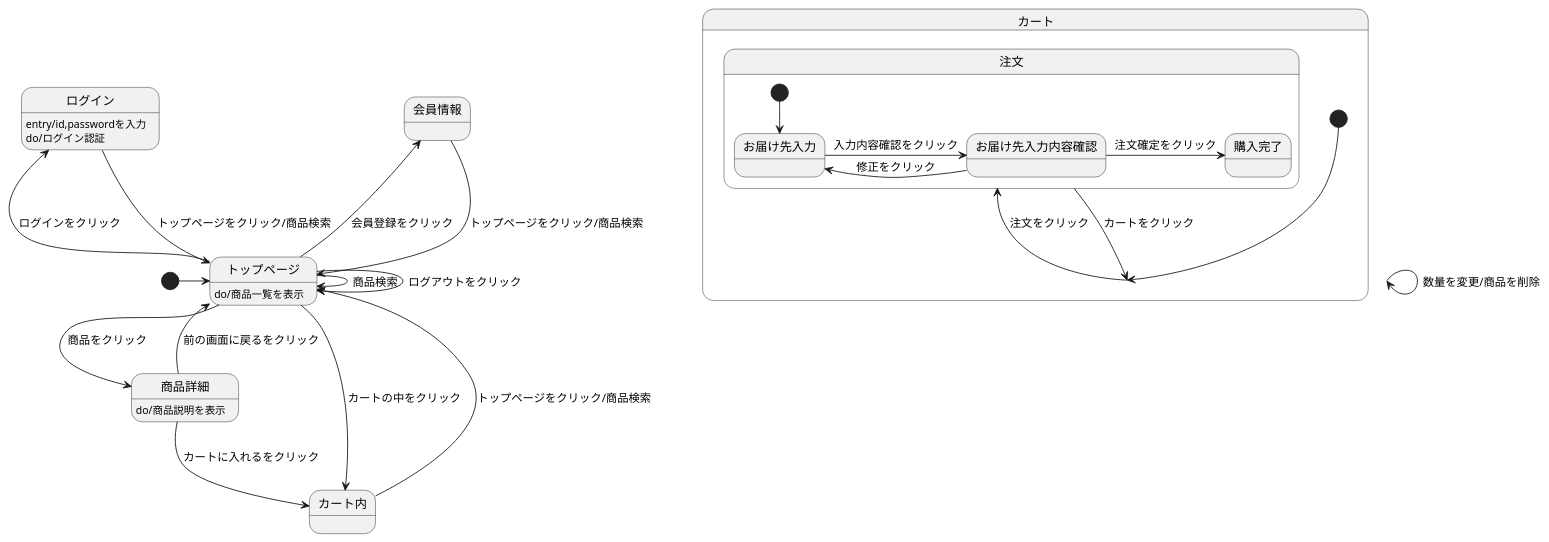
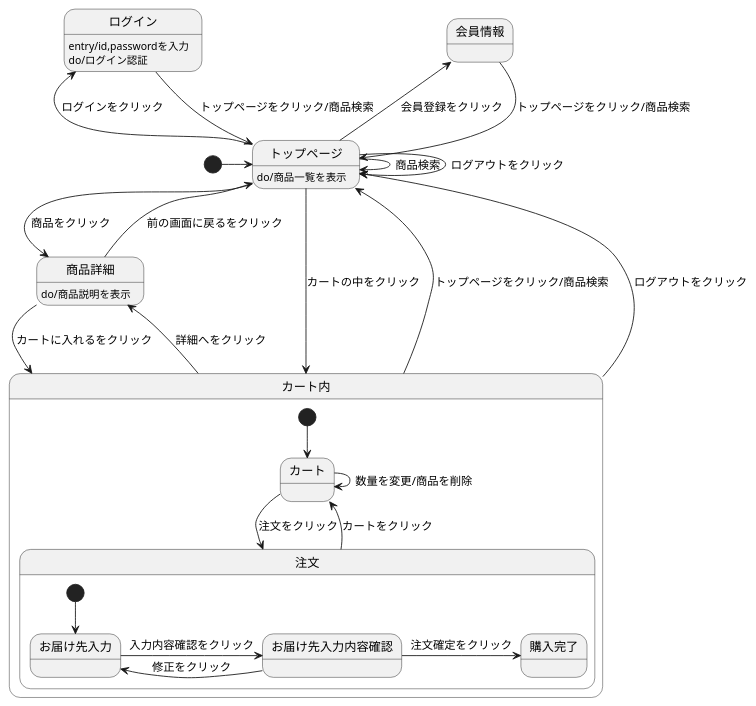
One commit to Aso2001369/2021sys-design changed the diagram in src2/md/状態遷移図.md. Above: the diagram before and after it, drawn with PlantUML.

````diff
--- a/src2/md/状態遷移図.md
+++ b/src2/md/状態遷移図.md
@@ -1,35 +1,36 @@
 ```uml
 @startuml
 
 [*] -> トップページ
 会員情報 --> トップページ : トップページをクリック/商品検索
 ログイン --> トップページ : トップページをクリック/商品検索
 ログイン : entry/id,passwordを入力
 ログイン : do/ログイン認証
 トップページ --> トップページ : ログアウトをクリック
 トップページ -> トップページ : 商品検索
 トップページ -> 商品詳細 : 商品をクリック
 トップページ -left-> 会員情報 : 会員登録をクリック
 トップページ -left-> ログイン : ログインをクリック
 トップページ --> カート内 : カートの中をクリック
 トップページ : do/商品一覧を表示
 商品詳細 --> カート内 : カートに入れるをクリック
 商品詳細 --> トップページ : 前の画面に戻るをクリック
 商品詳細 : do/商品説明を表示
-カート内 --> トップページ : トップページをクリック/商品検索
+カート内 -up-> トップページ : トップページをクリック/商品検索
+カート内 -up-> トップページ : ログアウトをクリック
+カート内 -> 商品詳細 : 詳細へをクリック
 
-
-state カート {
+state カート内 {
   [*] --> カート
   カート -> 注文 : 注文をクリック
   カート -> カート : 数量を変更/商品を削除
   注文 --> カート : カートをクリック
   state 注文 {
     [*] --> お届け先入力
     お届け先入力 -> お届け先入力内容確認 : 入力内容確認をクリック
     お届け先入力内容確認 -> お届け先入力 : 修正をクリック
     お届け先入力内容確認 -> 購入完了 : 注文確定をクリック
   }
  }
 @enduml
 ```
````
